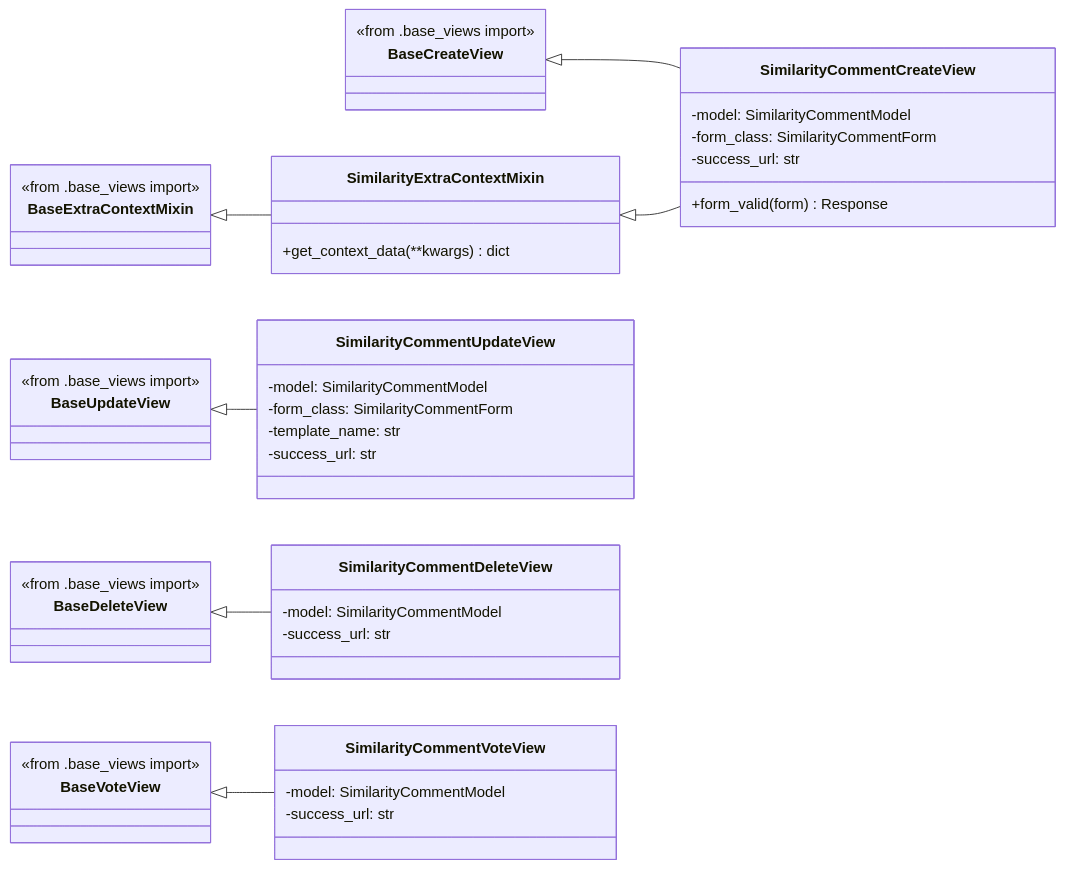
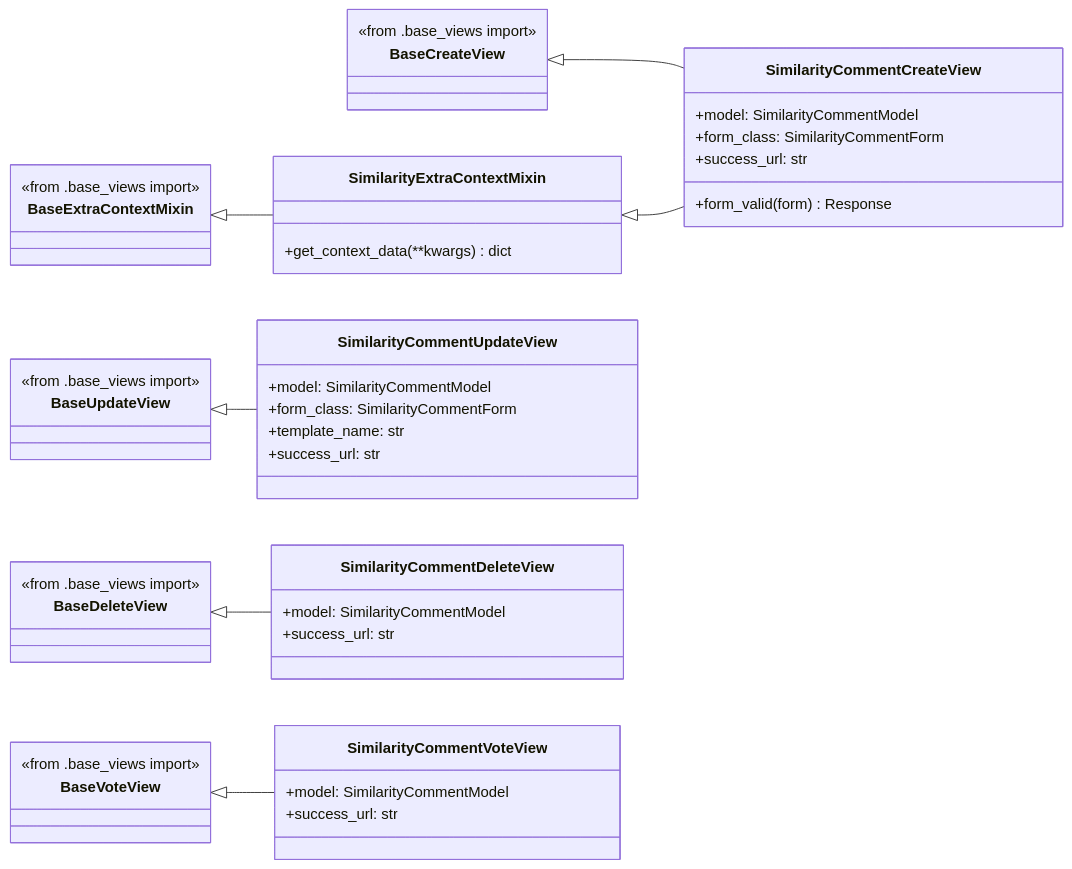
One commit to 0-CDOE/django_server changed diagram 11 of 13 in README.md. Above: the diagram before and after it, drawn with Mermaid. The commit also changed other lines of this file and 1 other file, not shown here.

````diff
--- a/README.md
+++ b/README.md
@@ -764,52 +766,52 @@
 ```mermaid
 classDiagram
    direction LR  %% Left to Right 방향 설정
 
     BaseExtraContextMixin <|-- SimilarityExtraContextMixin
 
     BaseCreateView <|-- SimilarityCommentCreateView
     BaseUpdateView <|-- SimilarityCommentUpdateView
     BaseDeleteView <|-- SimilarityCommentDeleteView
     BaseVoteView <|-- SimilarityCommentVoteView
 
     SimilarityExtraContextMixin <|-- SimilarityCommentCreateView
 
     class BaseExtraContextMixin {
       <<from .base_views import>>
     }
     class BaseCreateView {
       <<from .base_views import>>
     }
     class BaseUpdateView {
       <<from .base_views import>>
     }
     class BaseDeleteView {
       <<from .base_views import>>
     }
     class BaseVoteView {
       <<from .base_views import>>
     }
     class SimilarityExtraContextMixin {
         +get_context_data(**kwargs) dict
     }
     class SimilarityCommentCreateView {
+        +model: SimilarityCommentModel
+        +form_class: SimilarityCommentForm
+        +success_url: str
         +form_valid(form) Response
-        -model: SimilarityCommentModel
-        -form_class: SimilarityCommentForm
-        -success_url: str
     }
     class SimilarityCommentUpdateView {
-        -model: SimilarityCommentModel
-        -form_class: SimilarityCommentForm
-        -template_name: str
-        -success_url: str
+        +model: SimilarityCommentModel
+        +form_class: SimilarityCommentForm
+        +template_name: str
+        +success_url: str
     }
     class SimilarityCommentDeleteView {
-        -model: SimilarityCommentModel
-        -success_url: str
+        +model: SimilarityCommentModel
+        +success_url: str
     }
     class SimilarityCommentVoteView {
-        -model: SimilarityCommentModel
-        -success_url: str
+        +model: SimilarityCommentModel
+        +success_url: str
     }
 ```
````
